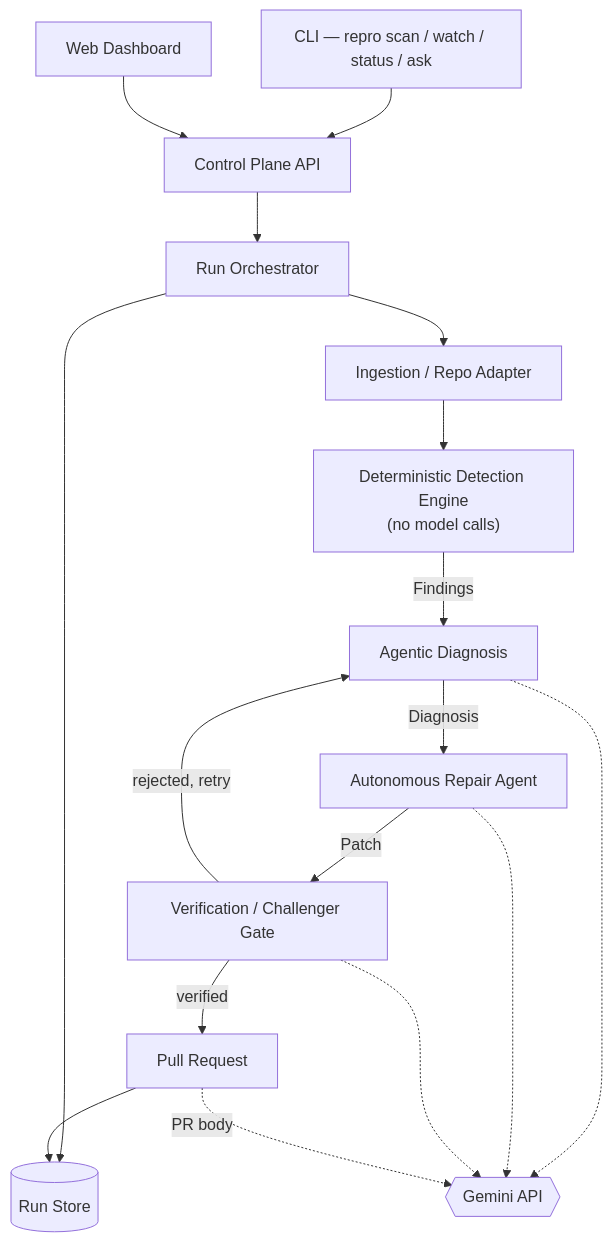
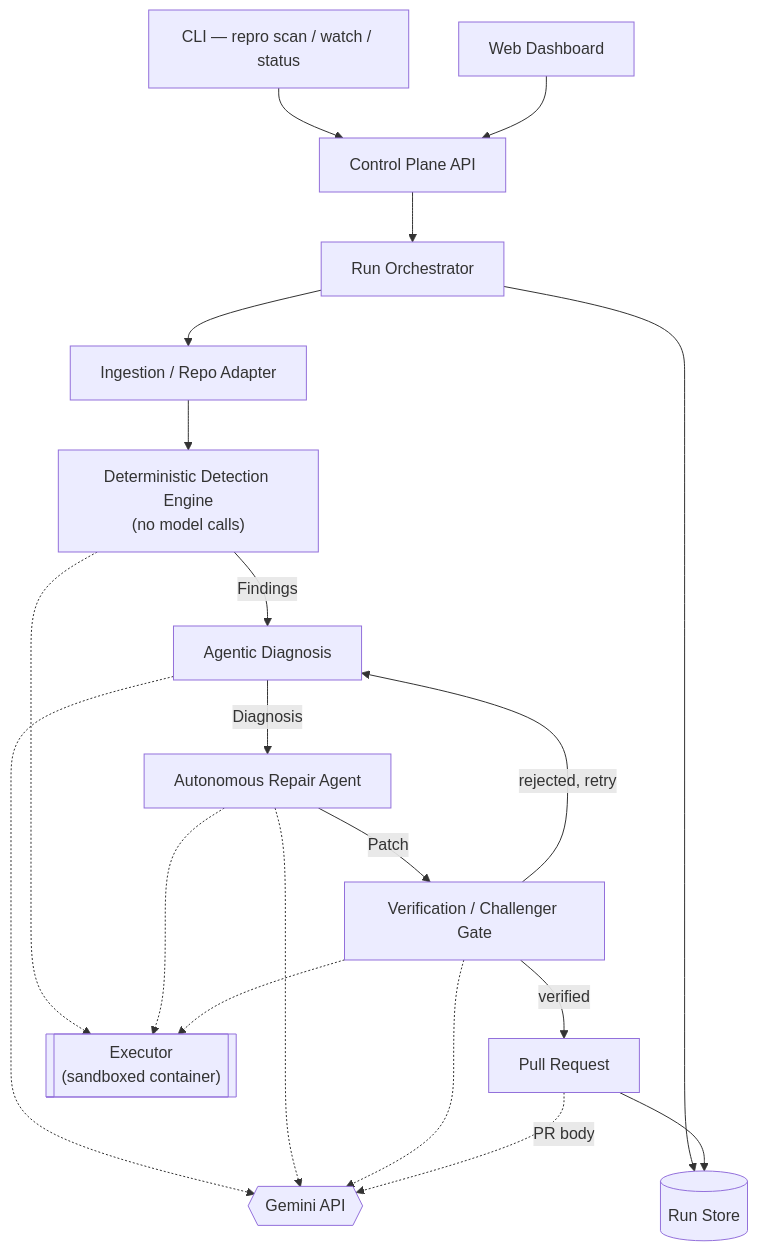
The diagram in CLAUDE.md (Bomoga/repro), drawn with Mermaid before and after one commit. The commit also changed other lines of this file, not shown here.

````diff
--- a/CLAUDE.md
+++ b/CLAUDE.md
@@ -70,33 +95,38 @@
 ```mermaid
 flowchart TD
-    CLI["CLI — repro scan / watch / status / ask"]
+    CLI["CLI — repro scan / watch / status"]
     WEB["Web Dashboard"]
     API["Control Plane API"]
     ORCH["Run Orchestrator"]
     STORE[("Run Store")]
     ING["Ingestion / Repo Adapter"]
     DET["Deterministic Detection Engine<br/>(no model calls)"]
     DIAG["Agentic Diagnosis"]
     REPAIR["Autonomous Repair Agent"]
     VER["Verification / Challenger Gate"]
     PR["Pull Request"]
+    EXEC[["Executor<br/>(sandboxed container)"]]
     GEM{{"Gemini API"}}
 
     CLI --> API
     WEB --> API
     API --> ORCH
     ORCH --> STORE
     ORCH --> ING
     ING --> DET
     DET -->|Findings| DIAG
     DIAG -->|Diagnosis| REPAIR
     REPAIR -->|Patch| VER
     VER -->|verified| PR
     VER -->|rejected, retry| DIAG
     PR --> STORE
 
+    DET -.-> EXEC
+    REPAIR -.-> EXEC
+    VER -.-> EXEC
+
     DIAG -.-> GEM
     REPAIR -.-> GEM
     VER -.-> GEM
     PR -.->|PR body| GEM
 ```
````
